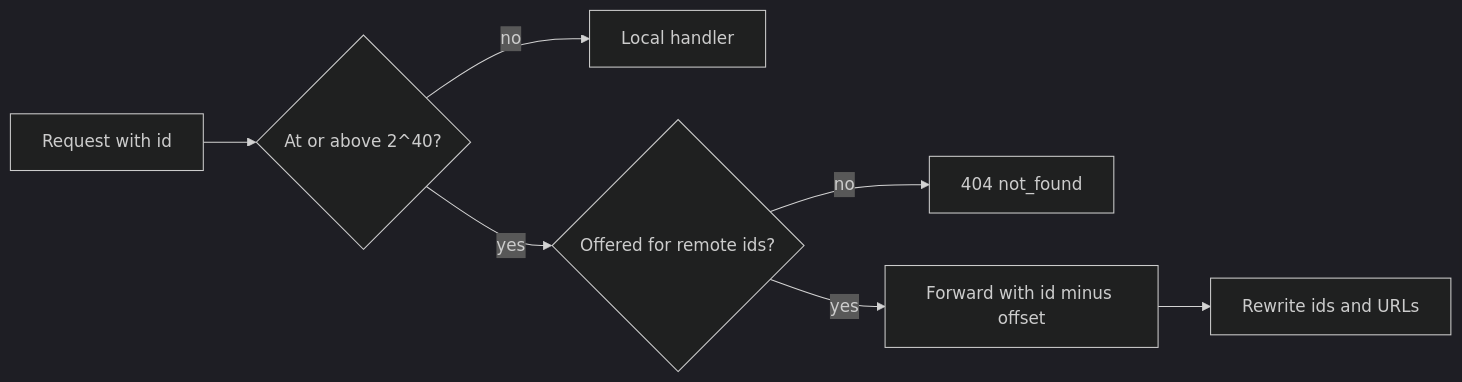
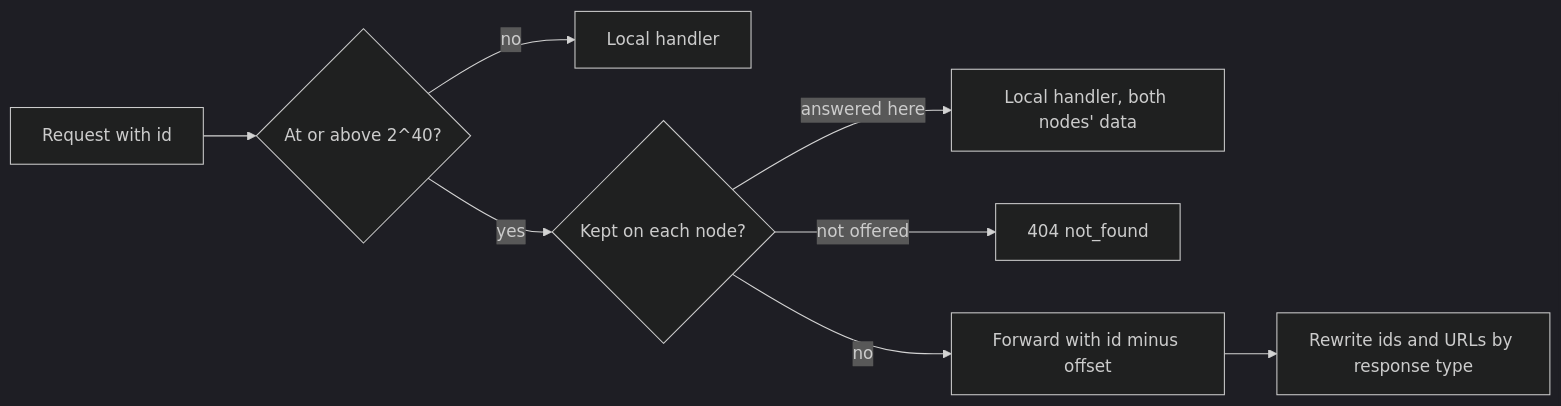
One commit to syudead/vv changed the fourth of 6 diagrams in docs/design-docs/peer-library.md. Above: the diagram before and after it, drawn with Mermaid (dark theme). The commit also changed other lines of this file and 12 other files, not shown here.

First line of the commit message:
feat(peer): offer every entity operation for remote ids unless kept

````diff
--- a/docs/design-docs/peer-library.md
+++ b/docs/design-docs/peer-library.md
@@ -148,9 +150,10 @@
 ```mermaid
 flowchart LR
   req[Request with id] --> off{At or above 2^40?}
   off -->|no| local[Local handler]
-  off -->|yes| offered{Offered for remote ids?}
-  offered -->|no| notfound[404 not_found]
-  offered -->|yes| fwd[Forward with id minus offset]
-  fwd --> rewrite[Rewrite ids and URLs]
+  off -->|yes| kept{Kept on each node?}
+  kept -->|answered here| here[Local handler, both nodes' data]
+  kept -->|not offered| notfound[404 not_found]
+  kept -->|no| fwd[Forward with id minus offset]
+  fwd --> rewrite[Rewrite ids and URLs by response type]
 ```
````
